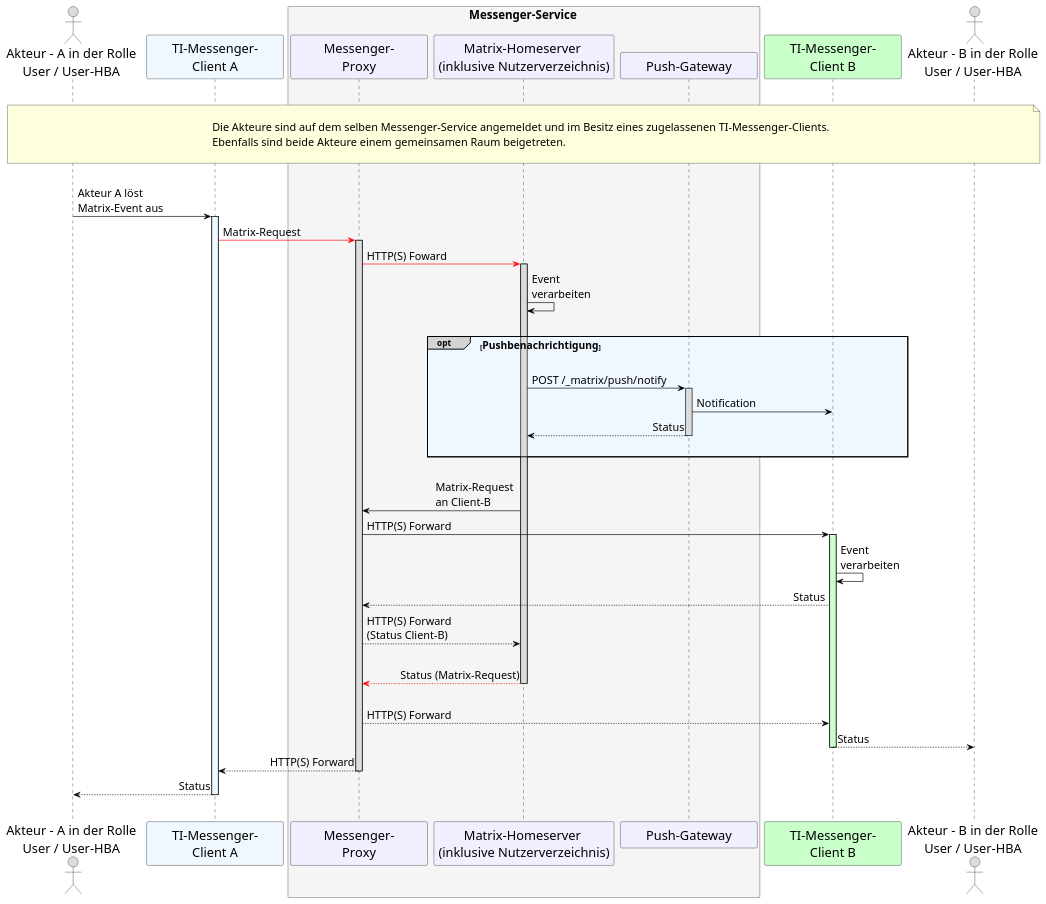
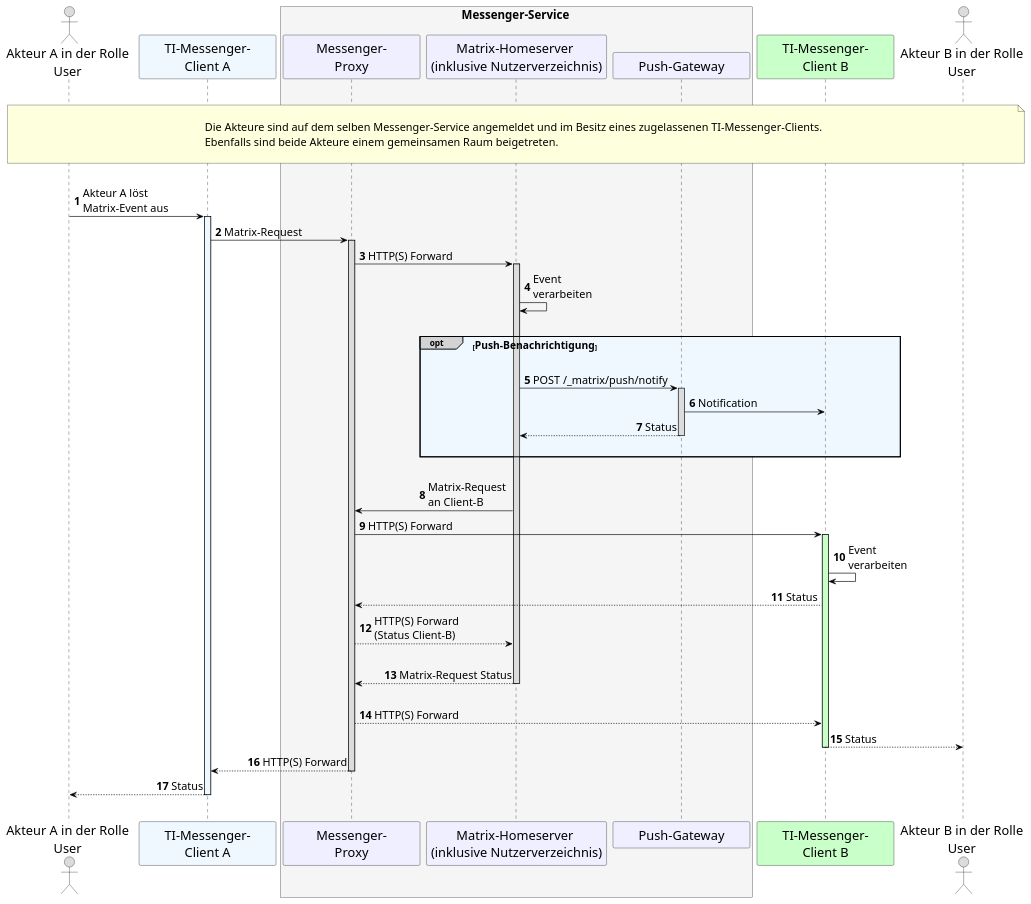
The diagram in src/plantuml/TI-Messenger-Dienst/Ressourcen/UC_10063_Seq.puml (gematik/api-ti-messenger), drawn with PlantUML before and after one commit. The commit also changed other lines of this file, not shown here.

Commit message:
removed HBA-User for Basis-Spec

```diff
--- a/src/plantuml/TI-Messenger-Dienst/Ressourcen/UC_10063_Seq.puml
+++ b/src/plantuml/TI-Messenger-Dienst/Ressourcen/UC_10063_Seq.puml
@@ -9,81 +5,80 @@
-@startuml
+@startuml 
 skinparam sequenceMessageAlign direction
 skinparam minClassWidth 200
 skinparam BoxPadding 1
 skinparam sequenceReferenceHeaderBackgroundColor palegreen
 scale max 2048 width
 
 skinparam sequence {
 ArrowColor black
 ArrowFontSize 17
 ActorBorderColor black
 LifeLineBorderColor black
 LifeLineBackgroundColor Gainsboro
 
 ParticipantBorderColor Motivation
 ParticipantBackgroundColor Motivation
-ParticipantFontName Impact
 ParticipantFontSize 20
 ParticipantFontColor black
 ParticipantBorderColor Black
 ParticipantBackgroundColor MOTIVATION
 
 ActorBackgroundColor Gainsboro
 ActorFontColor black
 ActorFontSize 20
-ActorFontName Aapex
 }
-    actor U1 as "Akteur - A in der Rolle\nUser / User-HBA"
+    actor U1 as "Akteur A in der Rolle\nUser"
     participant C1 as "TI-Messenger-\nClient A" #AliceBlue
     box <size:18>Messenger-Service</size> #WhiteSmoke
       participant MP as "Messenger-\nProxy"
       participant MH as "Matrix-Homeserver \n(inklusive Nutzerverzeichnis)"
       participant PG as "Push-Gateway"
     end box
     participant C2 as "TI-Messenger-\nClient B" #TECHNOLOGY
-    actor U2 as "Akteur - B in der Rolle\nUser / User-HBA"
-    
+    actor U2 as "Akteur B in der Rolle\nUser"
+
+autonumber
+
 |||
 note over U1, U2: \n<size:17>Die Akteure sind auf dem selben Messenger-Service angemeldet und im Besitz eines zugelassenen TI-Messenger-Clients.</size>\n<size:17>Ebenfalls sind beide Akteure einem gemeinsamen Raum beigetreten.</size>\n
 |||
-
     U1->C1: Akteur A löst \nMatrix-Event aus
       activate C1 #AliceBlue
-    C1-[#red]>MP: Matrix-Request
+    C1->MP: Matrix-Request
       activate MP
 
-    MP-[#red]>MH: HTTP(S) Foward
+    MP->MH: HTTP(S) Forward
       activate MH
     MH->MH: Event \nverarbeiten
     
     |||
-    opt#LightGrey #AliceBlue <size:16>Pushbenachrichtigung</size>
+    opt#LightGrey #AliceBlue <size:16>Push-Benachrichtigung</size>
     |||
     MH->PG: POST /_matrix/push/notify
       activate PG
     PG->C2: Notification
     PG-->MH: Status
       deactivate PG
     |||
     end
     
     |||
     MH->MP: Matrix-Request \nan Client-B
     MP->C2: HTTP(S) Forward
       activate C2 #TECHNOLOGY
     C2->C2: Event \nverarbeiten
     C2-->MP: Status
     MP-->MH: HTTP(S) Forward \n(Status Client-B)
     |||
-    MH-[#red]->MP: Status (Matrix-Request)
+    MH-->MP: Matrix-Request Status
       deactivate MH
     |||
     MP-->C2: HTTP(S) Forward
     C2-->U2: Status
       deactivate C2
     MP-->C1: HTTP(S) Forward
       deactivate MP
     C1-->U1: Status
       deactivate C1
 |||
 @enduml
```
